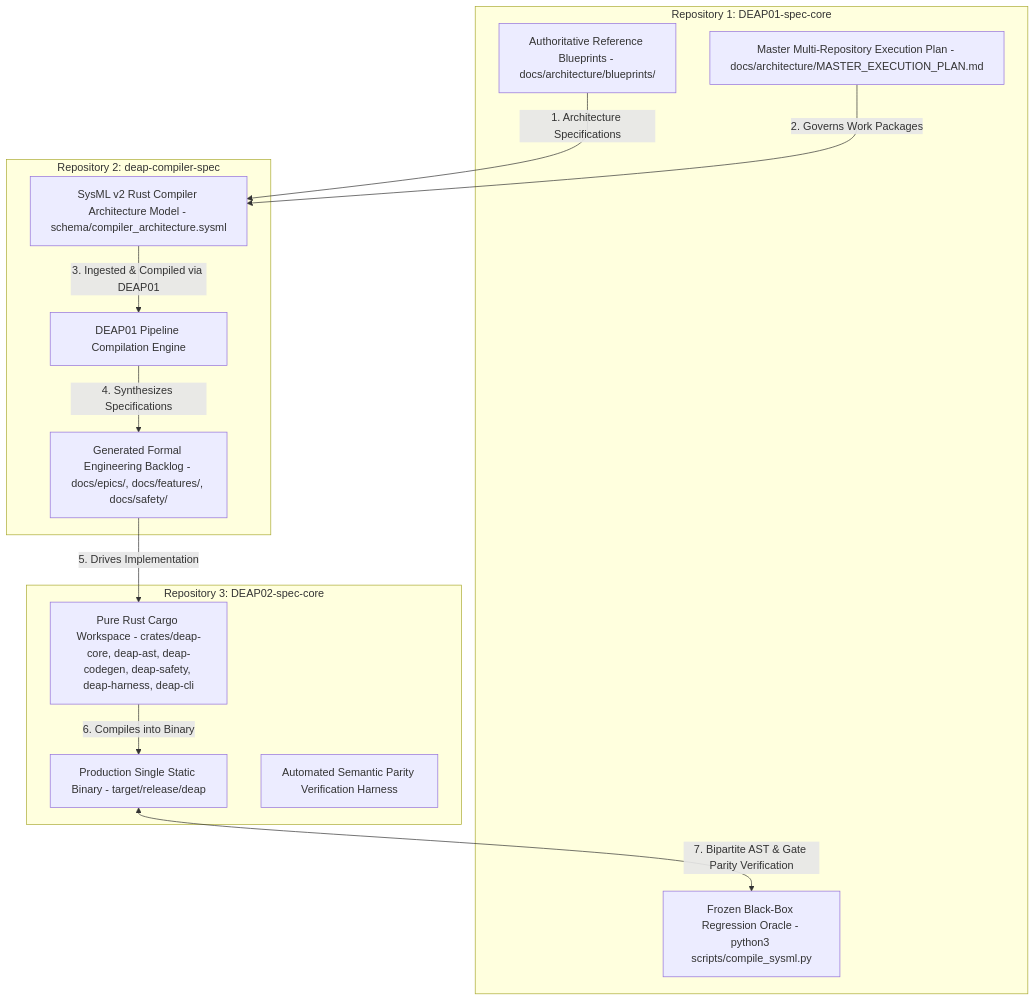
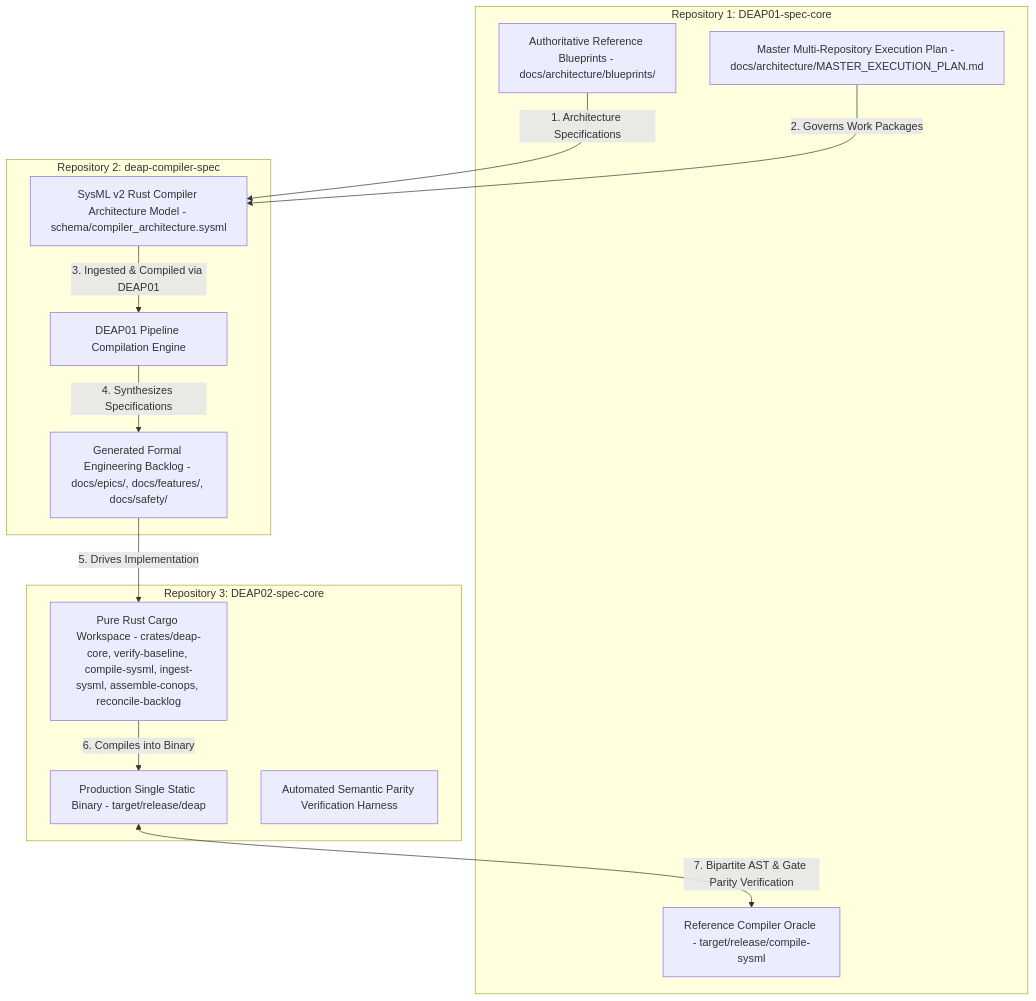
The first of 3 diagrams in docs/architecture/MASTER_EXECUTION_PLAN.md (gintatkinson/DEAP01-spec-core), drawn with Mermaid before and after one commit. The commit also changed other lines of this file and 14 other files, not shown here.

Commit message:
fix(docs): purge retired script references and align with pure-Rust toolchain (refs #441)

````diff
--- a/docs/architecture/MASTER_EXECUTION_PLAN.md
+++ b/docs/architecture/MASTER_EXECUTION_PLAN.md
@@ -97,28 +97,28 @@
 ```mermaid
 flowchart TD
     subgraph "Repository 1: DEAP01-spec-core"
         R1_Blueprints["Authoritative Reference Blueprints - docs/architecture/blueprints/"]
         R1_Plan["Master Multi-Repository Execution Plan - docs/architecture/MASTER_EXECUTION_PLAN.md"]
-        R1_Oracle["Frozen Black-Box Regression Oracle - python3 scripts/compile_sysml.py"]
+        R1_Oracle["Reference Compiler Oracle - target/release/compile-sysml"]
     end
 
     subgraph "Repository 2: deap-compiler-spec"
         R2_SysML["SysML v2 Rust Compiler Architecture Model - schema/compiler_architecture.sysml"]
         R2_Compiler["DEAP01 Pipeline Compilation Engine"]
         R2_Specs["Generated Formal Engineering Backlog - docs/epics/, docs/features/, docs/safety/"]
     end
 
     subgraph "Repository 3: DEAP02-spec-core"
-        R3_Workspace["Pure Rust Cargo Workspace - crates/deap-core, deap-ast, deap-codegen, deap-safety, deap-harness, deap-cli"]
+        R3_Workspace["Pure Rust Cargo Workspace - crates/deap-core, verify-baseline, compile-sysml, ingest-sysml, assemble-conops, reconcile-backlog"]
         R3_Binary["Production Single Static Binary - target/release/deap"]
         R3_Parity["Automated Semantic Parity Verification Harness"]
     end
 
     R1_Blueprints -->|"1. Architecture Specifications"| R2_SysML
     R1_Plan -->|"2. Governs Work Packages"| R2_SysML
     R2_SysML -->|"3. Ingested & Compiled via DEAP01"| R2_Compiler
     R2_Compiler -->|"4. Synthesizes Specifications"| R2_Specs
     R2_Specs -->|"5. Drives Implementation"| R3_Workspace
     R3_Workspace -->|"6. Compiles into Binary"| R3_Binary
     R3_Binary <-->|"7. Bipartite AST & Gate Parity Verification"| R1_Oracle
 ```
````
